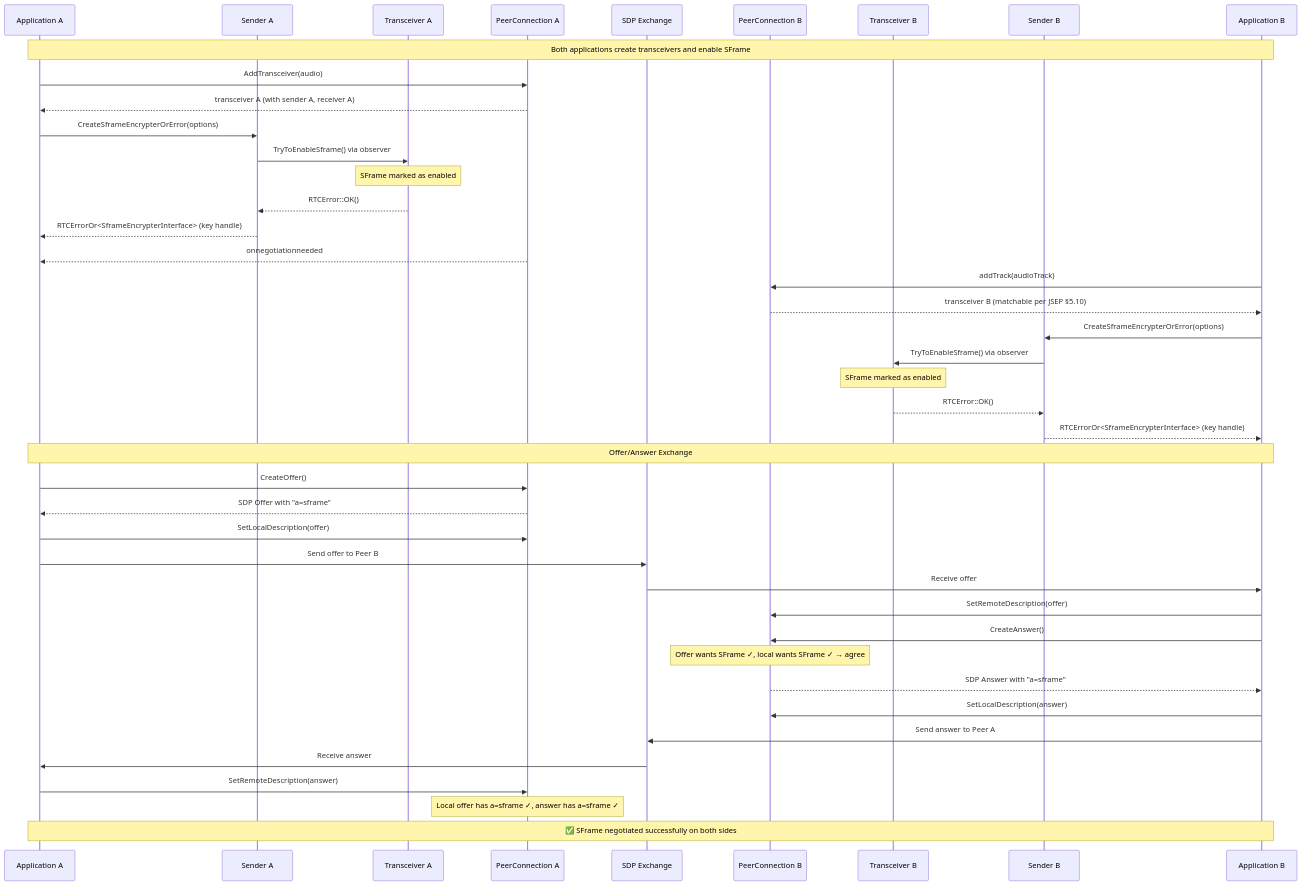
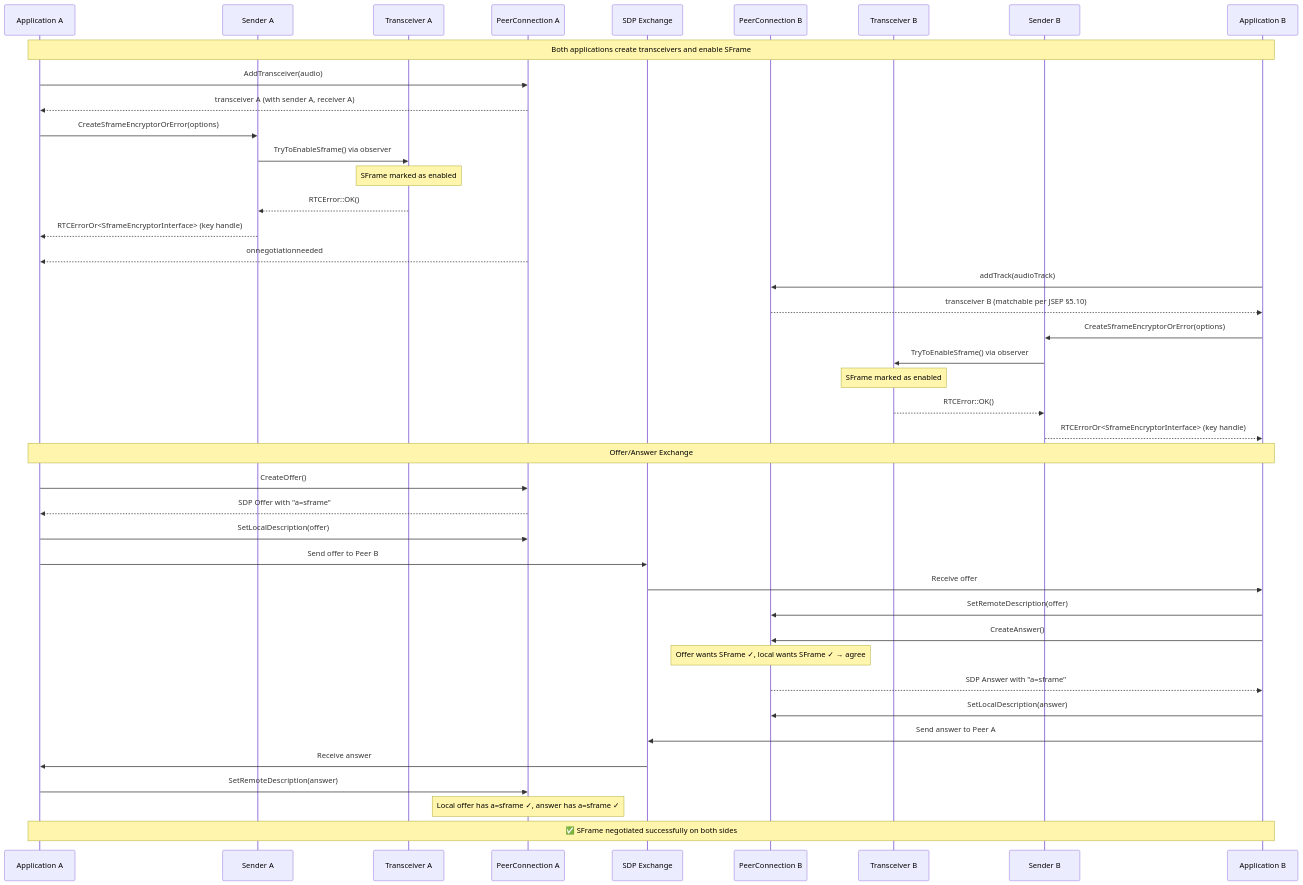
One commit to webex/webrtc-sframe changed the first of 6 diagrams in negotiation.md. Above: the diagram before and after it, drawn with Mermaid. The commit also changed other lines of this file and 3 other files, not shown here.

Commit message:
sframe architecture docs

````diff
--- a/negotiation.md
+++ b/negotiation.md
@@ -88,58 +88,58 @@
 ```mermaid
 sequenceDiagram
     participant AppA as Application A
     participant SA as Sender A
     participant TA as Transceiver A
     participant PCA as PeerConnection A
     participant SDP as SDP Exchange
     participant PCB as PeerConnection B
     participant TB as Transceiver B
     participant SB as Sender B
     participant AppB as Application B
 
     Note over AppA,AppB: Both applications create transceivers and enable SFrame
 
     AppA->>PCA: AddTransceiver(audio)
     PCA-->>AppA: transceiver A (with sender A, receiver A)
 
-    AppA->>SA: CreateSframeEncrypterOrError(options)
+    AppA->>SA: CreateSframeEncryptorOrError(options)
     SA->>TA: TryToEnableSframe() via observer
     Note over TA: SFrame marked as enabled
     TA-->>SA: RTCError::OK()
-    SA-->>AppA: RTCErrorOr<SframeEncrypterInterface> (key handle)
+    SA-->>AppA: RTCErrorOr<SframeEncryptorInterface> (key handle)
 
     PCA-->>AppA: onnegotiationneeded
 
     AppB->>PCB: addTrack(audioTrack)
     PCB-->>AppB: transceiver B (matchable per JSEP §5.10)
 
-    AppB->>SB: CreateSframeEncrypterOrError(options)
+    AppB->>SB: CreateSframeEncryptorOrError(options)
     SB->>TB: TryToEnableSframe() via observer
     Note over TB: SFrame marked as enabled
     TB-->>SB: RTCError::OK()
-    SB-->>AppB: RTCErrorOr<SframeEncrypterInterface> (key handle)
+    SB-->>AppB: RTCErrorOr<SframeEncryptorInterface> (key handle)
 
     Note over AppA,AppB: Offer/Answer Exchange
 
     AppA->>PCA: CreateOffer()
     PCA-->>AppA: SDP Offer with "a=sframe"
 
     AppA->>PCA: SetLocalDescription(offer)
     AppA->>SDP: Send offer to Peer B
 
     SDP->>AppB: Receive offer
     AppB->>PCB: SetRemoteDescription(offer)
 
     AppB->>PCB: CreateAnswer()
     Note over PCB: Offer wants SFrame ✓, local wants SFrame ✓ → agree
     PCB-->>AppB: SDP Answer with "a=sframe"
 
     AppB->>PCB: SetLocalDescription(answer)
     AppB->>SDP: Send answer to Peer A
 
     SDP->>AppA: Receive answer
     AppA->>PCA: SetRemoteDescription(answer)
     Note over PCA: Local offer has a=sframe ✓, answer has a=sframe ✓
 
     Note over AppA,AppB: ✅ SFrame negotiated successfully on both sides
 ```
````
